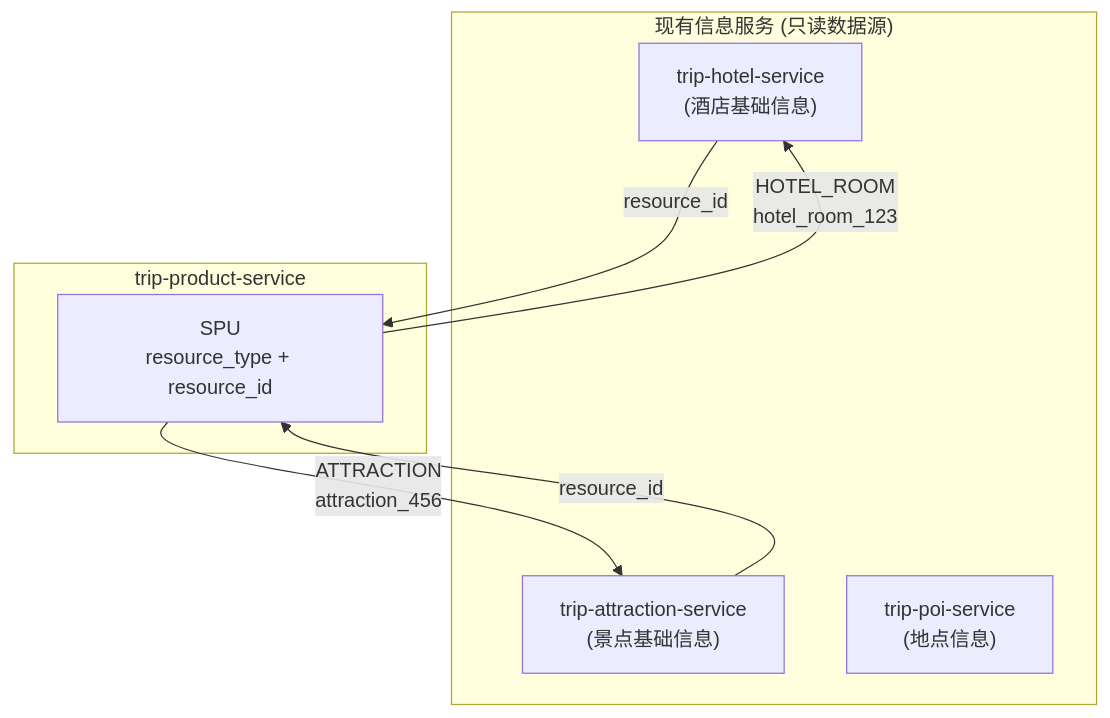
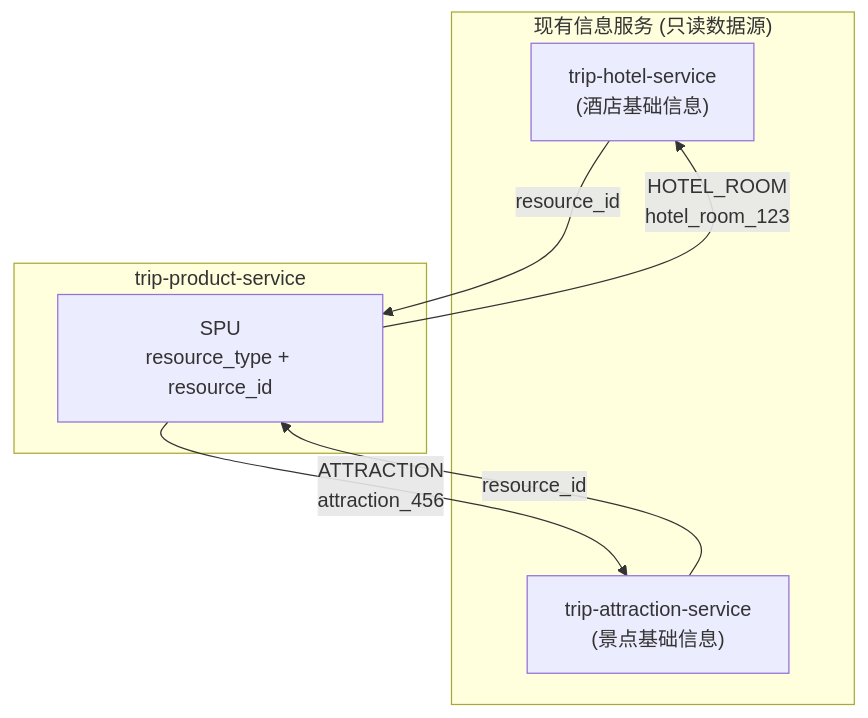
The second of 8 diagrams in docs/commerce.md (FudanSELab/TripSphere), drawn with Mermaid before and after one commit. The commit also changed other lines of this file and 2 other files, not shown here.

Commit message:
docs(phase7): document service removal and acceptance

````diff
--- a/docs/commerce.md
+++ b/docs/commerce.md
@@ -63,17 +63,16 @@
 ```mermaid
 flowchart TB
     subgraph Existing["现有信息服务 (只读数据源)"]
         Hotel["trip-hotel-service<br/>(酒店基础信息)"]
         Attraction["trip-attraction-service<br/>(景点基础信息)"]
-        POI["trip-poi-service<br/>(地点信息)"]
     end
 
     subgraph Product["trip-product-service"]
         SPU["SPU<br/>resource_type + resource_id"]
     end
 
     Hotel -- "resource_id" --> SPU
     Attraction -- "resource_id" --> SPU
     SPU -- "HOTEL_ROOM<br/>hotel_room_123" --> Hotel
     SPU -- "ATTRACTION<br/>attraction_456" --> Attraction
 ```
````
